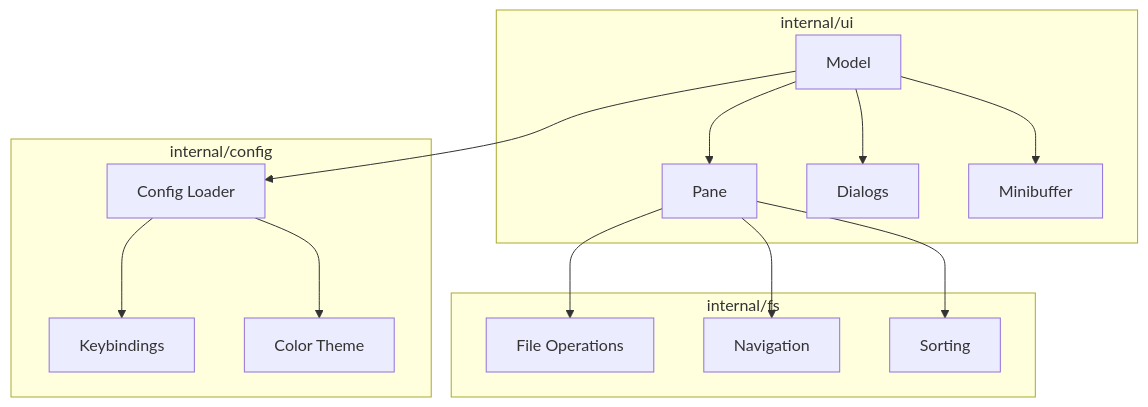
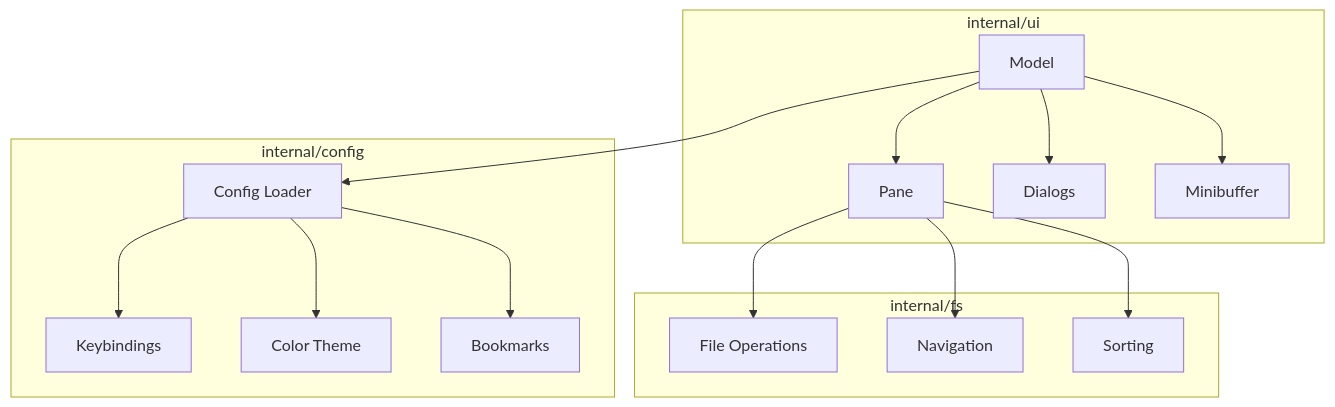
The diagram in doc/SPECIFICATION.md (m-m-n/duofm), drawn with Mermaid before and after one commit. The commit also changed other lines of this file and 2 other files, not shown here.

````diff
--- a/doc/SPECIFICATION.md
+++ b/doc/SPECIFICATION.md
@@ -9,31 +9,33 @@
 ```mermaid
 graph TB
     subgraph UI["internal/ui"]
         Model[Model]
         Pane[Pane]
         Dialog[Dialogs]
         Minibuffer[Minibuffer]
     end
 
     subgraph FS["internal/fs"]
         Operations[File Operations]
         Navigation[Navigation]
         Sort[Sorting]
     end
 
     subgraph Config["internal/config"]
         ConfigLoader[Config Loader]
         Keybindings[Keybindings]
         Colors[Color Theme]
+        Bookmarks[Bookmarks]
     end
 
     Model --> Pane
     Model --> Dialog
     Model --> Minibuffer
     Pane --> Operations
     Pane --> Navigation
     Pane --> Sort
     Model --> ConfigLoader
     ConfigLoader --> Keybindings
     ConfigLoader --> Colors
+    ConfigLoader --> Bookmarks
 ```
````
